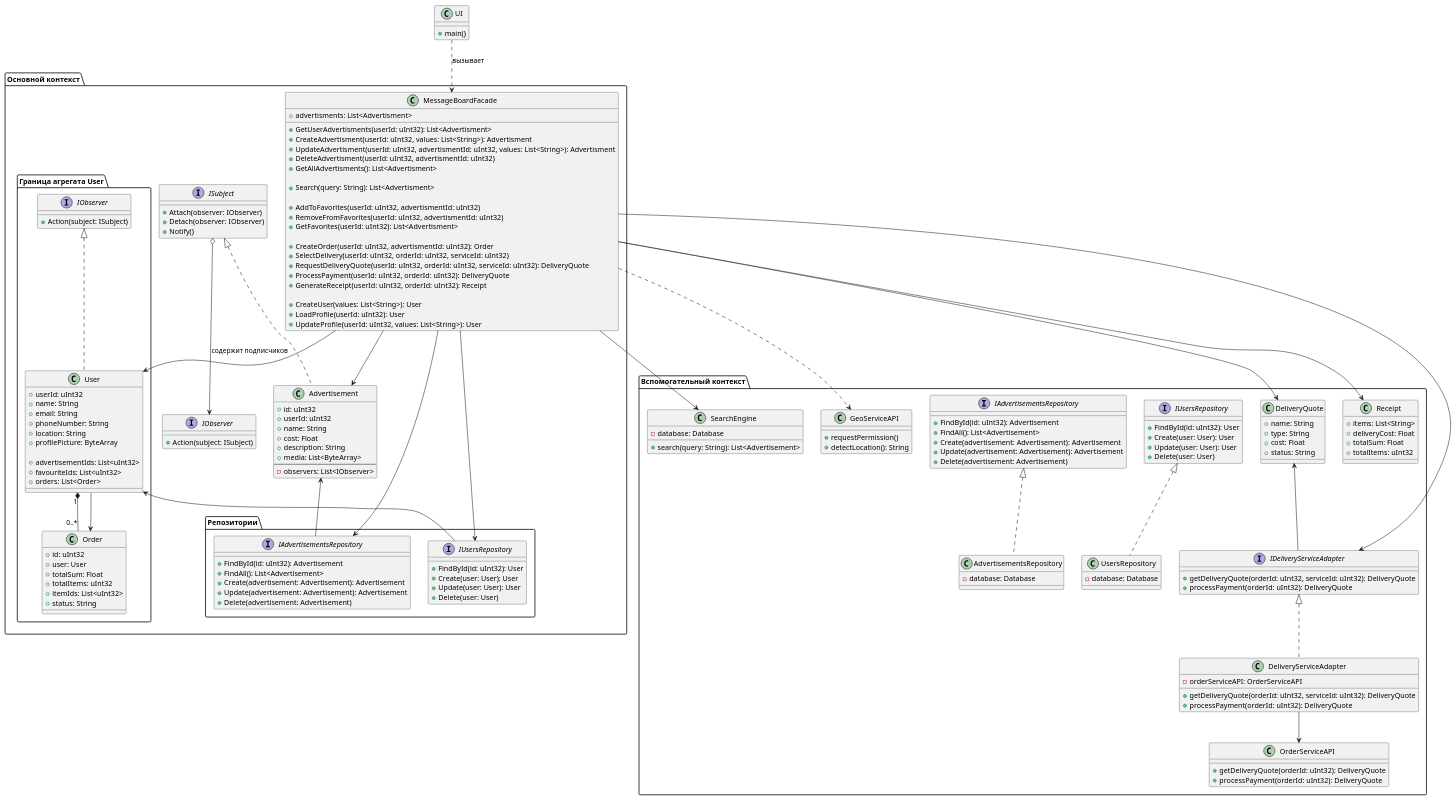
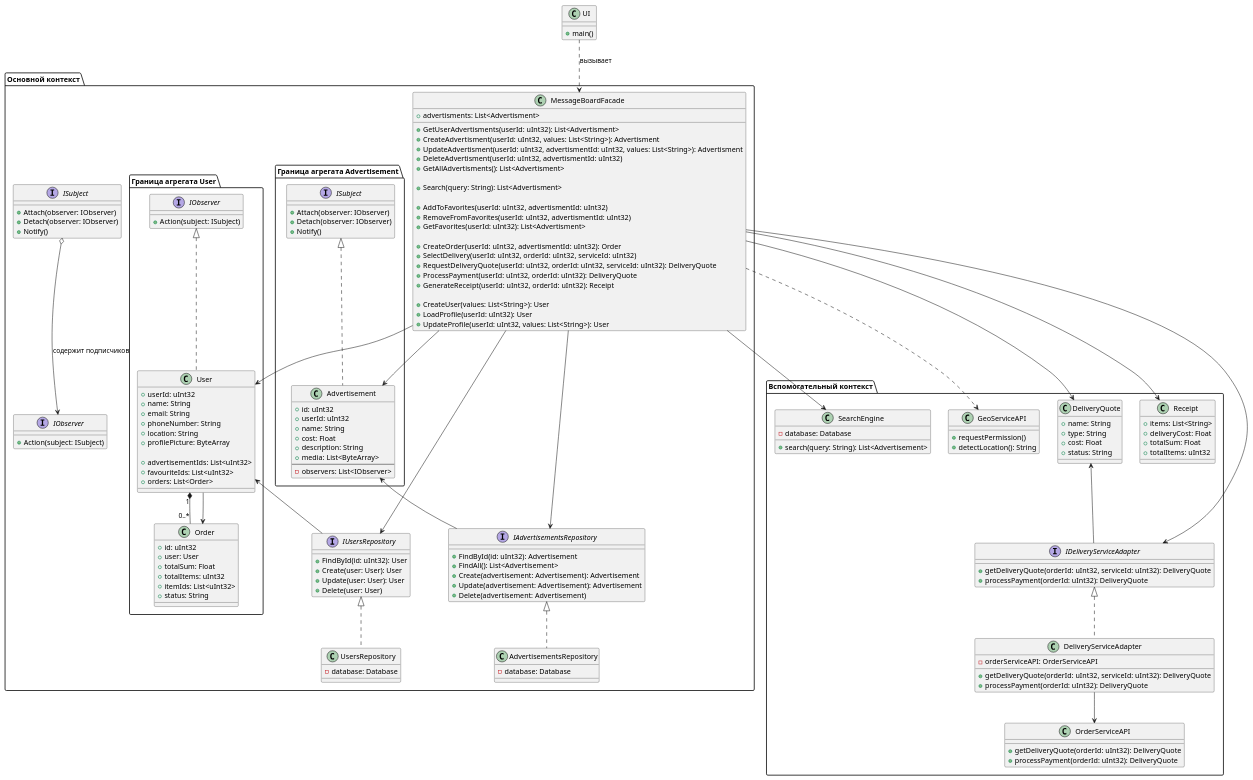
Before and after one commit to penamarth/bsbo-02-23_team3_var13_messboard: the diagram in Диаграмма предментой области (диаграмма классов).md, drawn with PlantUML.

Commit message:
Fixed диаграмма классов

```diff
--- a/Диаграмма предментой области (диаграмма классов).md
+++ b/Диаграмма предментой области (диаграмма классов).md
@@ -44,7 +44,7 @@
   + UpdateProfile(userId: uInt32, values: List<String>): User
 }
 
-package "Репозитории" {
+
 interface IUsersRepository {
   + FindById(id: uInt32): User
   + Create(user: User): User
@@ -60,7 +60,15 @@
   + Delete(advertisement: Advertisement)
 }
 
+class UsersRepository implements IUsersRepository{
+  - database: Database
 }
+
+class AdvertisementsRepository implements IAdvertisementsRepository {
+  - database: Database
+}
+
+package "Граница агрегата Advertisement" {
 
   class Advertisement implements ISubject {
     + id: uInt32
@@ -72,6 +80,14 @@
     --
     - observers: List<IObserver>
   }
+
+  interface ISubject {
+  + Attach(observer: IObserver)
+  + Detach(observer: IObserver)
+  + Notify()
+}
+
+}
 
 package "Граница агрегата User" {
   class User implements IObserver {
@@ -109,13 +125,6 @@
 }
 
 package "Вспомогательный контекст" {
-class UsersRepository implements IUsersRepository{
-  - database: Database
-}
-
-class AdvertisementsRepository implements IAdvertisementsRepository {
-  - database: Database
-}
 
 interface IDeliveryServiceAdapter {
   + getDeliveryQuote(orderId: uInt32, serviceId: uInt32): DeliveryQuote
@@ -156,20 +165,6 @@
   + totalSum: Float
   + totalItems: uInt32
 }
-interface IUsersRepository {
-  + FindById(id: uInt32): User
-  + Create(user: User): User
-  + Update(user: User): User
-  + Delete(user: User)
-}
-
-interface IAdvertisementsRepository {
-  + FindById(id: uInt32): Advertisement
-  + FindAll(): List<Advertisement>
-  + Create(advertisement: Advertisement): Advertisement
-  + Update(advertisement: Advertisement): Advertisement
-  + Delete(advertisement: Advertisement)
-}
 
 }
 
```
